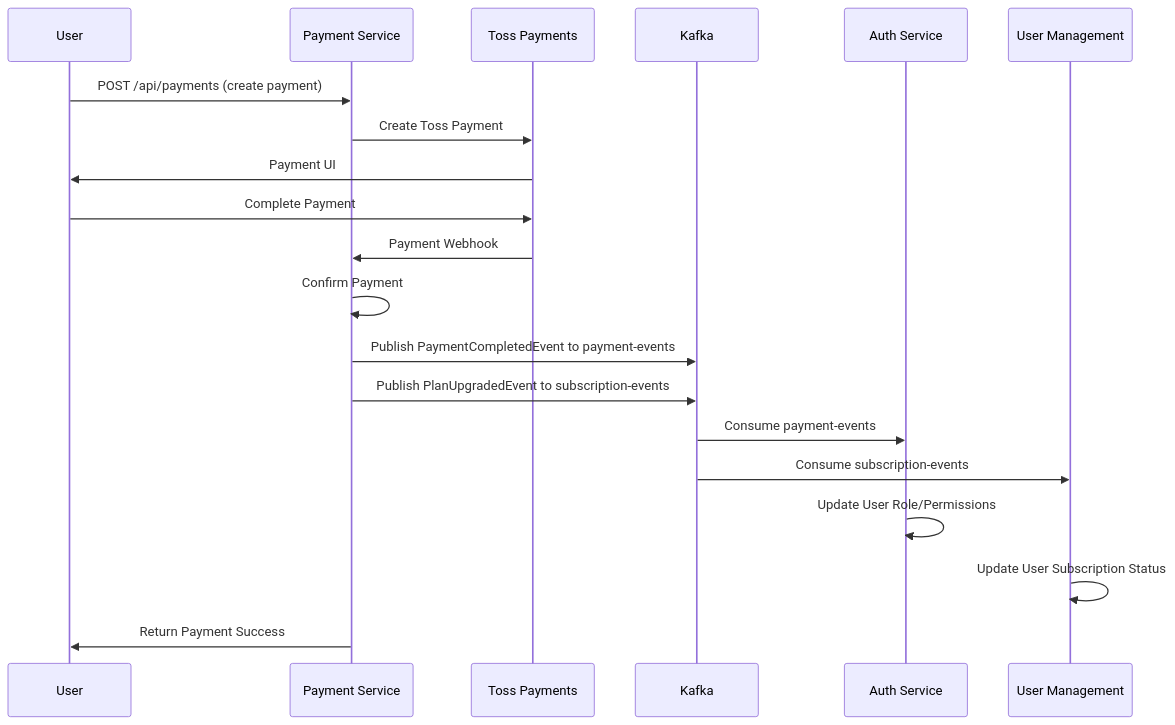
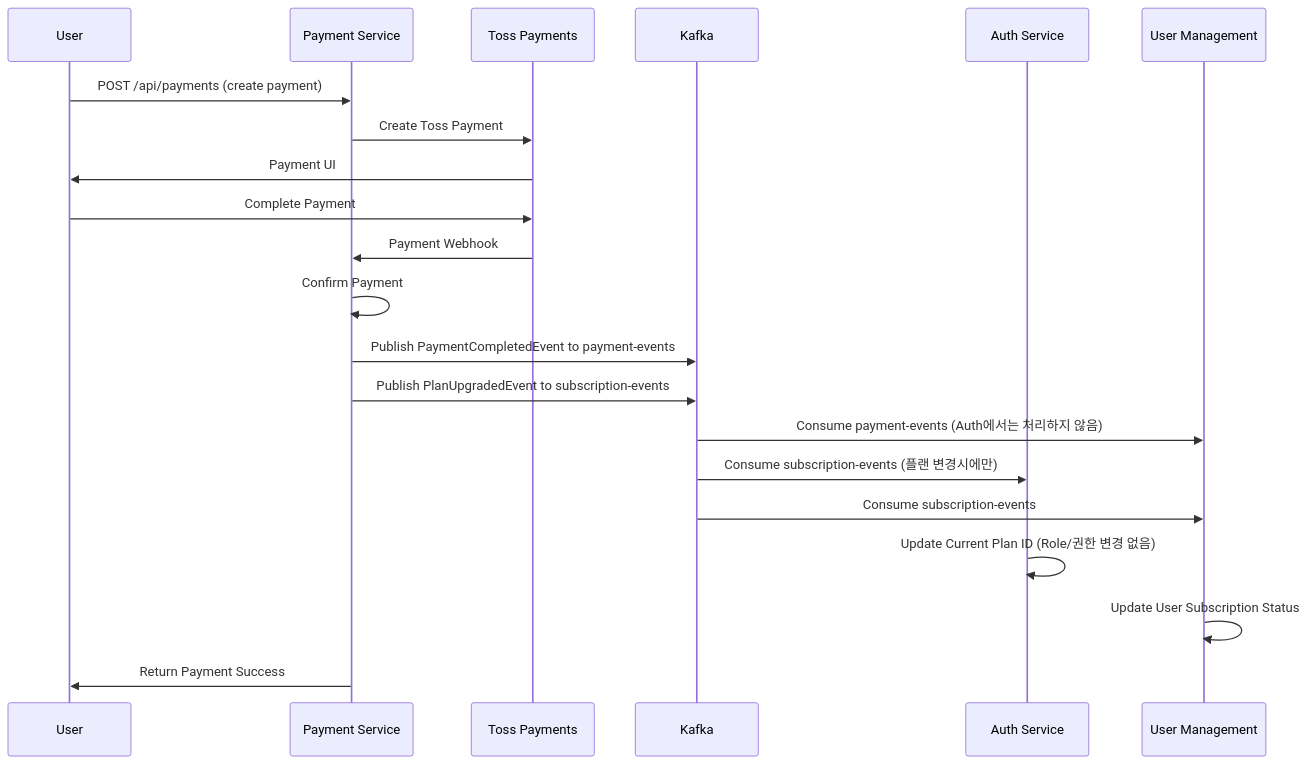
The third of 3 diagrams in KAFKA_EVENT_FLOW.md (KDT-Dev-Trip/BE-AuthenticationService), drawn with Mermaid before and after one commit. The commit also changed other lines of this file and 3 other files, not shown here.

````diff
--- a/KAFKA_EVENT_FLOW.md
+++ b/KAFKA_EVENT_FLOW.md
@@ -222,23 +222,24 @@
 ```mermaid
 sequenceDiagram
     participant U as User
     participant P as Payment Service
     participant T as Toss Payments
     participant K as Kafka
     participant A as Auth Service
     participant UM as User Management
     
     U->>P: POST /api/payments (create payment)
     P->>T: Create Toss Payment
     T->>U: Payment UI
     U->>T: Complete Payment
     T->>P: Payment Webhook
     P->>P: Confirm Payment
     P->>K: Publish PaymentCompletedEvent to payment-events
     P->>K: Publish PlanUpgradedEvent to subscription-events
-    K->>A: Consume payment-events
+    K->>UM: Consume payment-events (Auth에서는 처리하지 않음)
+    K->>A: Consume subscription-events (플랜 변경시에만)
     K->>UM: Consume subscription-events
-    A->>A: Update User Role/Permissions
+    A->>A: Update Current Plan ID (Role/권한 변경 없음)
     UM->>UM: Update User Subscription Status
     P->>U: Return Payment Success
 ```
````
